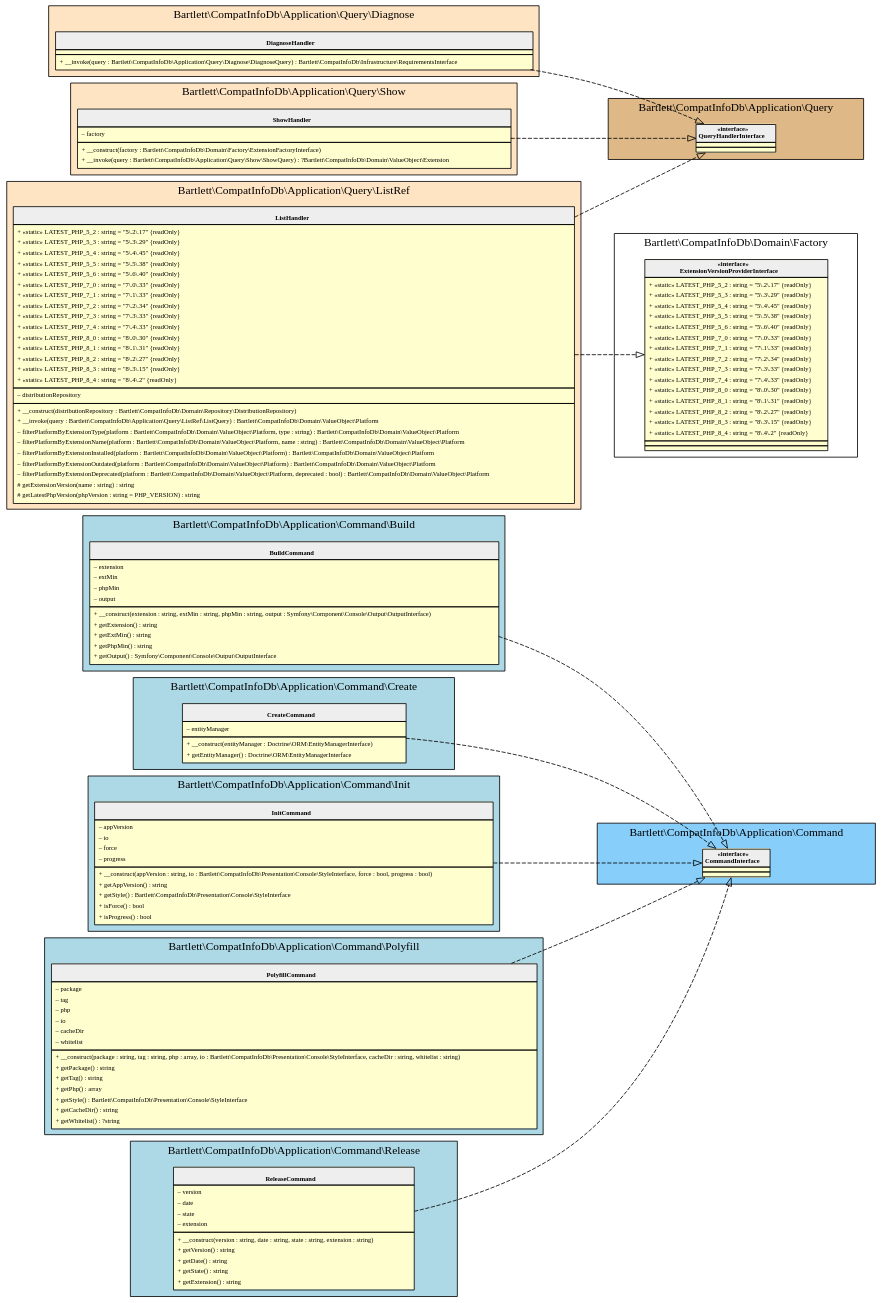
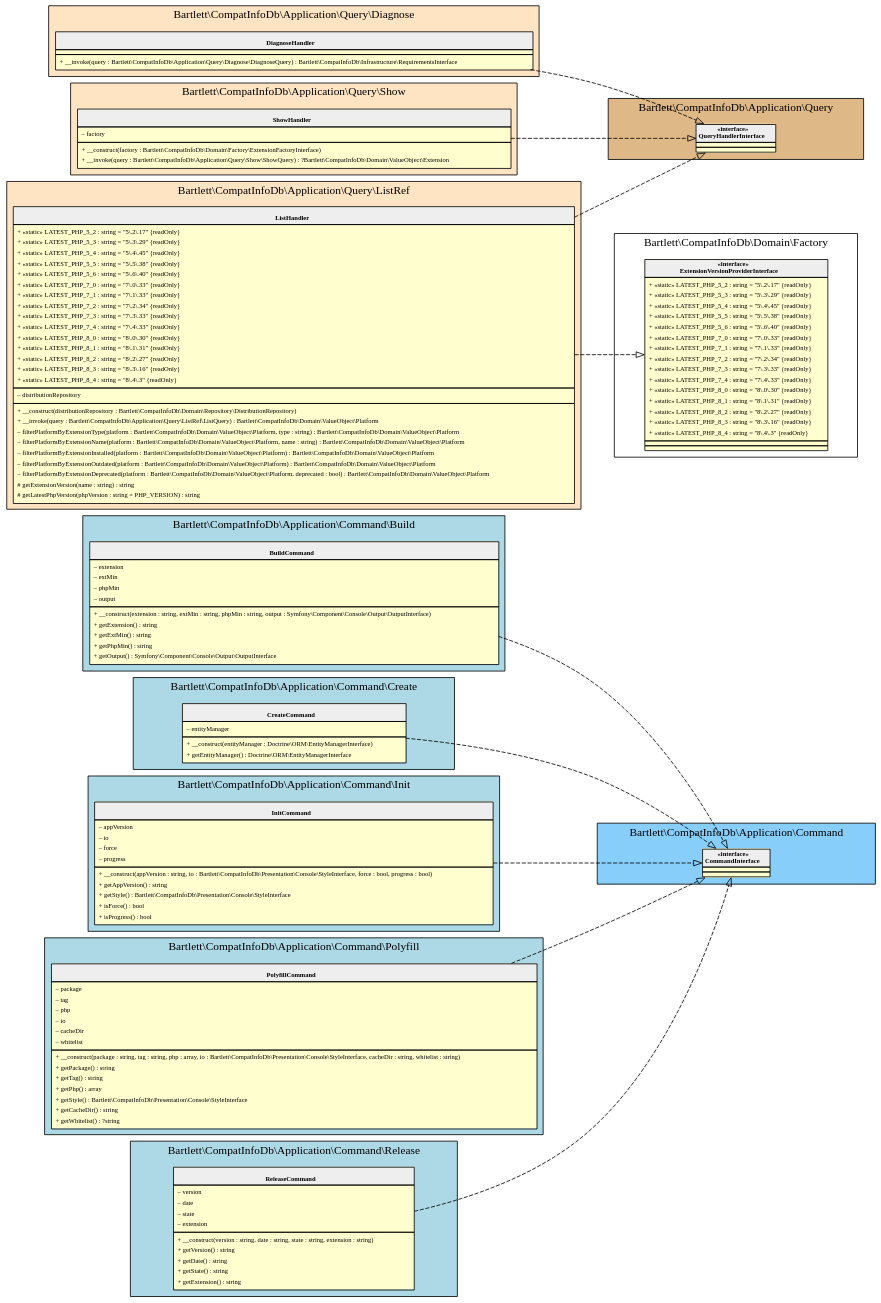
The diagram in 6.14/assets/images/command-line-runner_application.html.gv (llaville/php-compatinfo-db), drawn with Graphviz before and after one commit. The commit also changed 30 other files, not shown here.

```diff
--- a/6.14/assets/images/command-line-runner_application.html.gv
+++ b/6.14/assets/images/command-line-runner_application.html.gv
@@ -157,8 +157,8 @@
     <tr><td align="left">+ «static» LATEST_PHP_8_0 : string = "8\.0\.30" {readOnly}</td></tr>
     <tr><td align="left">+ «static» LATEST_PHP_8_1 : string = "8\.1\.31" {readOnly}</td></tr>
     <tr><td align="left">+ «static» LATEST_PHP_8_2 : string = "8\.2\.27" {readOnly}</td></tr>
-    <tr><td align="left">+ «static» LATEST_PHP_8_3 : string = "8\.3\.15" {readOnly}</td></tr>
-    <tr><td align="left">+ «static» LATEST_PHP_8_4 : string = "8\.4\.2" {readOnly}</td></tr>
+    <tr><td align="left">+ «static» LATEST_PHP_8_3 : string = "8\.3\.16" {readOnly}</td></tr>
+    <tr><td align="left">+ «static» LATEST_PHP_8_4 : string = "8\.4\.3" {readOnly}</td></tr>
 </table></td></tr>
     <tr><td><table border="0" cellspacing="0" cellpadding="2">
     <tr><td align="left">– distributionRepository</td></tr>
@@ -195,8 +195,8 @@
     <tr><td align="left">+ «static» LATEST_PHP_8_0 : string = "8\.0\.30" {readOnly}</td></tr>
     <tr><td align="left">+ «static» LATEST_PHP_8_1 : string = "8\.1\.31" {readOnly}</td></tr>
     <tr><td align="left">+ «static» LATEST_PHP_8_2 : string = "8\.2\.27" {readOnly}</td></tr>
-    <tr><td align="left">+ «static» LATEST_PHP_8_3 : string = "8\.3\.15" {readOnly}</td></tr>
-    <tr><td align="left">+ «static» LATEST_PHP_8_4 : string = "8\.4\.2" {readOnly}</td></tr>
+    <tr><td align="left">+ «static» LATEST_PHP_8_3 : string = "8\.3\.16" {readOnly}</td></tr>
+    <tr><td align="left">+ «static» LATEST_PHP_8_4 : string = "8\.4\.3" {readOnly}</td></tr>
 </table></td></tr>
     <tr><td></td></tr>
     <tr><td></td></tr>
```
